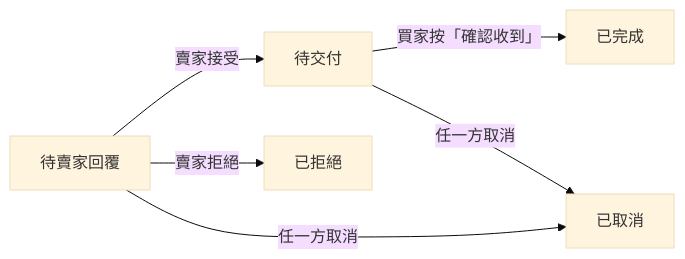
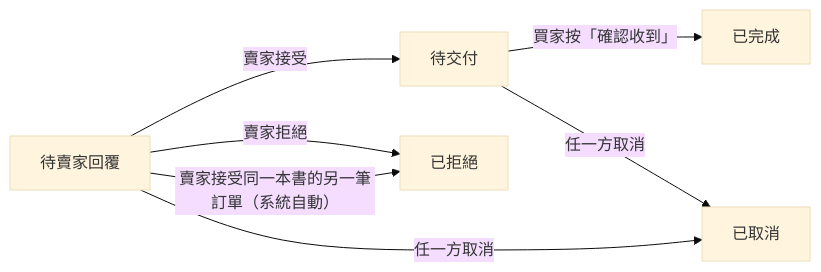
The diagram in docs/iteration2/需求文件.md (leahcimm/SecondHandBook), drawn with Mermaid (base theme) before and after one commit. The commit also changed other lines of this file and 4 other files, not shown here.

Commit message:
T08 需求文件 0.3：情境圖、多位買家同時下單的處理、運費只收一次、註冊與審核改成已採用、NFR-06 與 NFR-07、第 5 章換成 Iteration 2 截圖

````diff
--- a/docs/iteration2/需求文件.md
+++ b/docs/iteration2/需求文件.md
@@ -326,8 +341,9 @@
 ```mermaid
 graph LR
     A[待賣家回覆] -->|賣家接受| B[待交付]
     B -->|買家按「確認收到」| C[已完成]
     A -->|賣家拒絕| D[已拒絕]
+    A -->|賣家接受同一本書的另一筆訂單（系統自動）| D
     A -->|任一方取消| E[已取消]
     B -->|任一方取消| E
 ```
````
